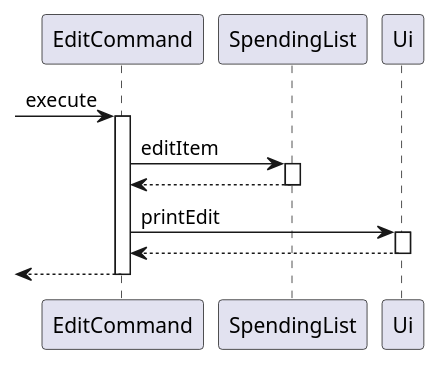
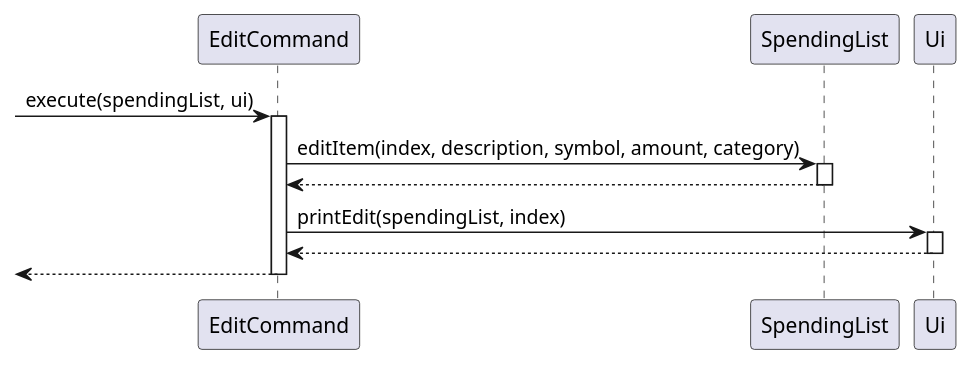
One commit to xieyaoyue/tp changed the diagram in src/uml/EditCommand.puml. Above: the diagram before and after it, drawn with PlantUML. The commit also changed 1 other file, not shown here.

Commit message:
Update minor errors in uml diagrams

```diff
--- a/src/uml/EditCommand.puml
+++ b/src/uml/EditCommand.puml
@@ -1,14 +1,14 @@
 @startuml
-->EditCommand:execute
+->EditCommand:execute(spendingList, ui)
 activate EditCommand
-EditCommand->SpendingList:editItem
+EditCommand->SpendingList:editItem(index, description, symbol, amount, category)
 activate SpendingList
 SpendingList-->EditCommand:
 deactivate SpendingList
-EditCommand->Ui:printEdit
+EditCommand->Ui:printEdit(spendingList, index)
 activate Ui
 Ui-->EditCommand
 deactivate Ui
 <--EditCommand
 deactivate EditCommand
 @enduml
```
